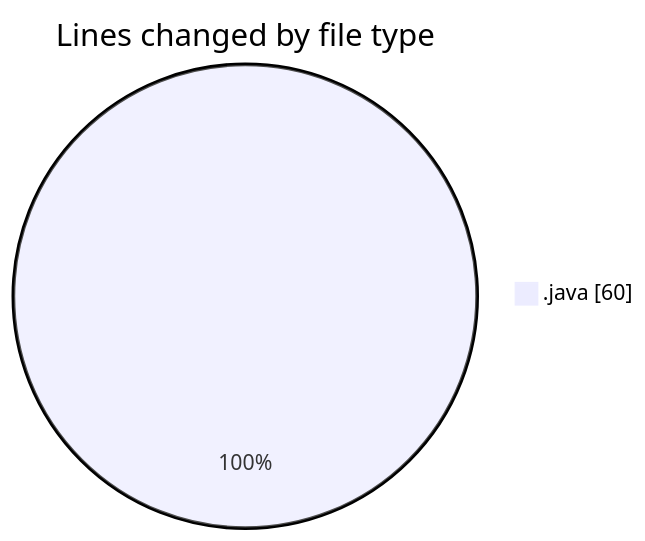
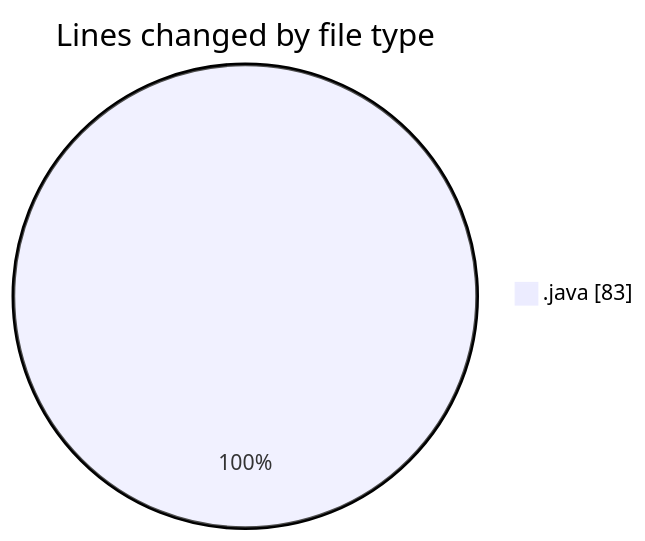
Before and after one commit to ricardozamudiocil/code-tracking: the first of 2 diagrams in 2026-10-16/cilapp/README.md, drawn with Mermaid. The commit also changed other lines of this file and 1 other file, not shown here.

````diff
--- a/2026-10-16/cilapp/README.md
+++ b/2026-10-16/cilapp/README.md
@@ -21,5 +21,5 @@
 ```mermaid
 pie showData
 title Lines changed by file type
-".java" : 60
+".java" : 83
 ```
````
